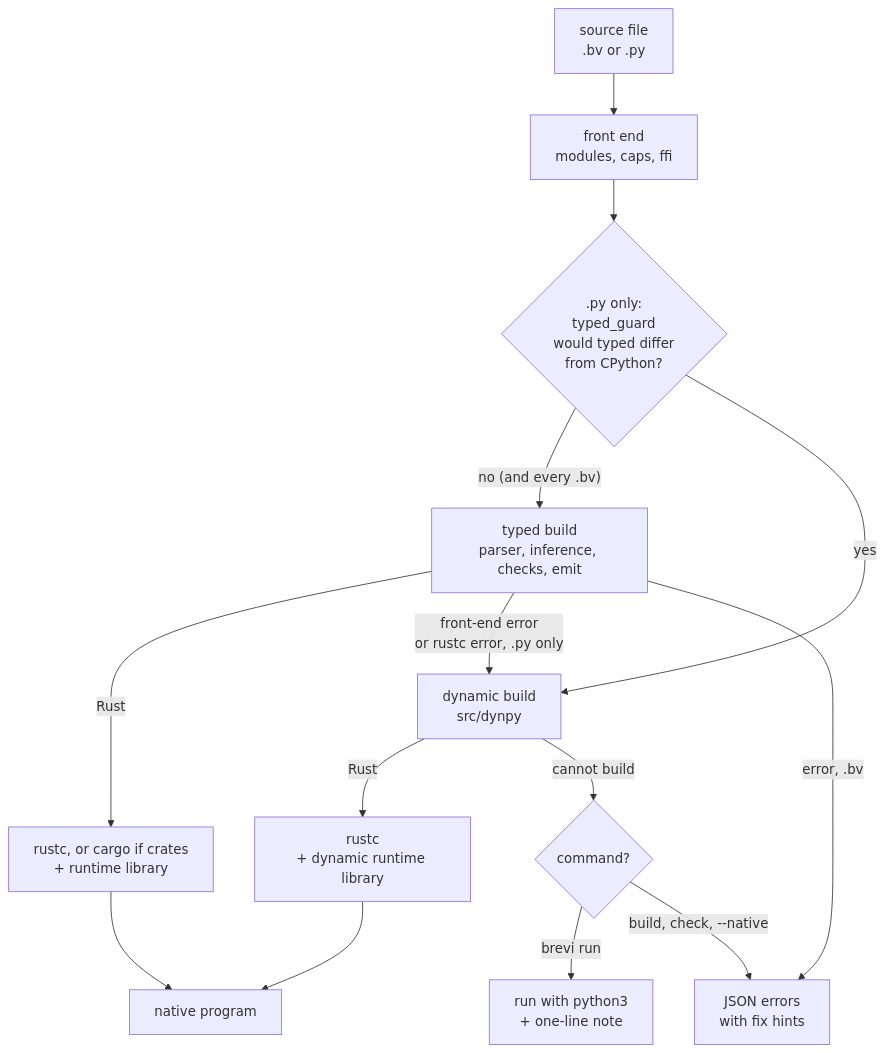
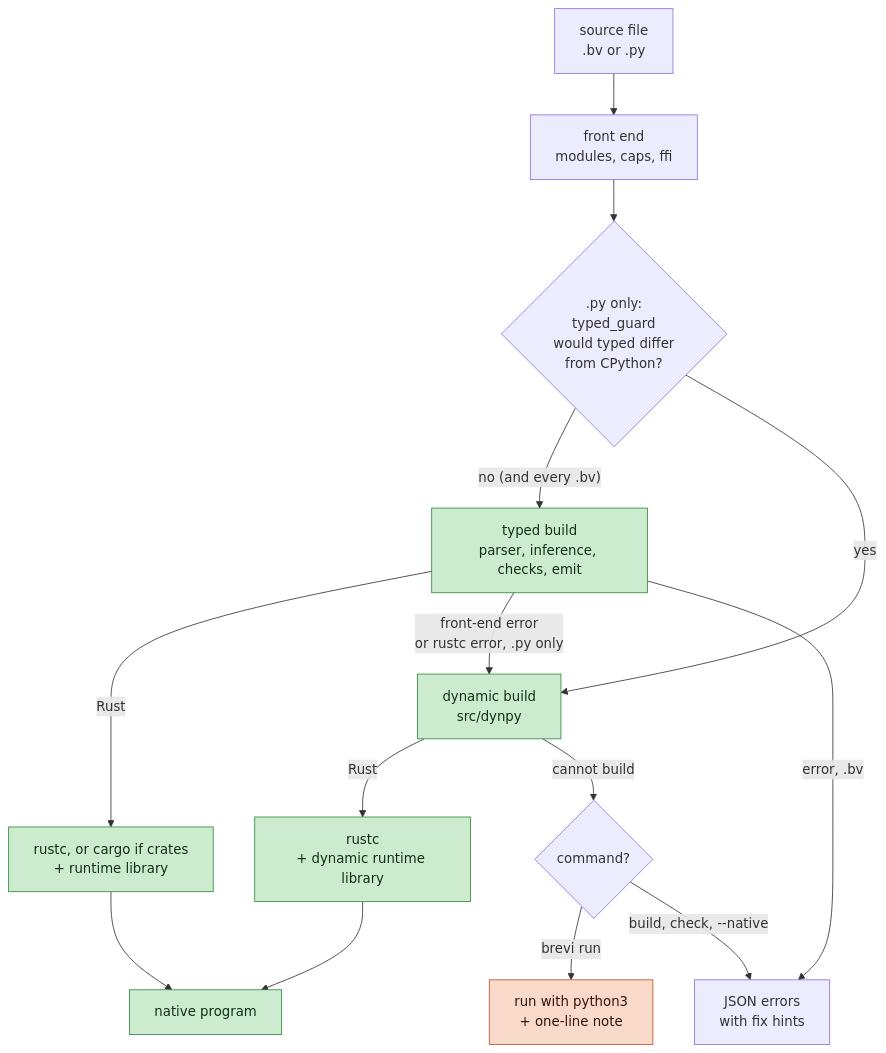
The second of 6 diagrams in docs/ARCHITECTURE.md (ets-public/brevi), drawn with Mermaid before and after one commit. The commit also changed other lines of this file, not shown here.

First line of the commit message:
Architecture doc: highlight what runs as Brevi native code

````diff
--- a/docs/ARCHITECTURE.md
+++ b/docs/ARCHITECTURE.md
@@ -14,16 +41,21 @@
 ```mermaid
 flowchart TD
     SRC["source file<br/>.bv or .py"] --> FRONT["front end<br/>modules, caps, ffi"]
     FRONT --> GUARD{".py only:<br/>typed_guard<br/>would typed differ<br/>from CPython?"}
     GUARD -- "no (and every .bv)" --> TYPED["typed build<br/>parser, inference, checks, emit"]
     GUARD -- "yes" --> DYN["dynamic build<br/>src/dynpy"]
     TYPED -- "Rust" --> RUSTC["rustc, or cargo if crates<br/>+ runtime library"]
     TYPED -- "front-end error<br/>or rustc error, .py only" --> DYN
     DYN -- "Rust" --> RUSTC2["rustc<br/>+ dynamic runtime library"]
     RUSTC --> BIN["native program"]
     RUSTC2 --> BIN
     DYN -- "cannot build" --> FAIL{"command?"}
     TYPED -- "error, .bv" --> ERR["JSON errors<br/>with fix hints"]
     FAIL -- "brevi run" --> PY["run with python3<br/>+ one-line note"]
     FAIL -- "build, check, --native" --> ERR
+    classDef native fill:#cdeccf,stroke:#2f8a3e,color:#10301a
+    classDef mixed fill:#fdf0c2,stroke:#b58a12,color:#3a2a00
+    classDef cpython fill:#f9d9c9,stroke:#c0522b,color:#3a1405
+    class TYPED,DYN,RUSTC,RUSTC2,BIN native
+    class PY cpython
 ```
````
